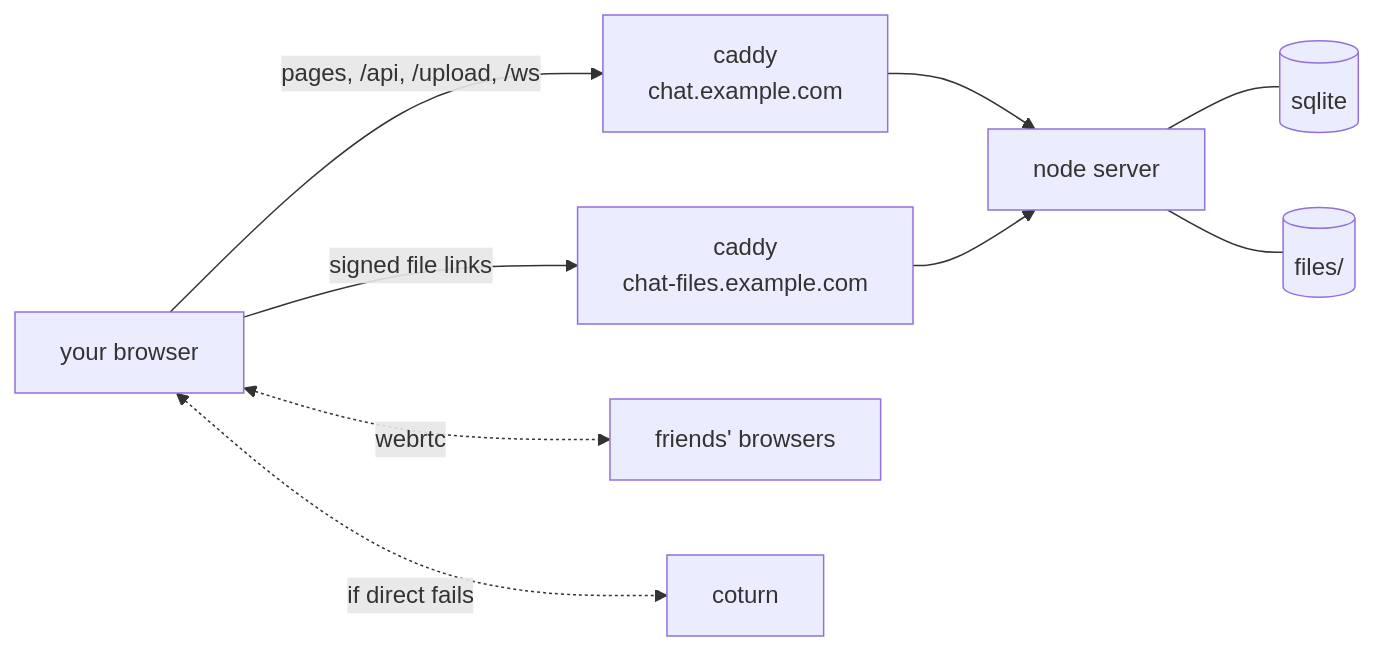
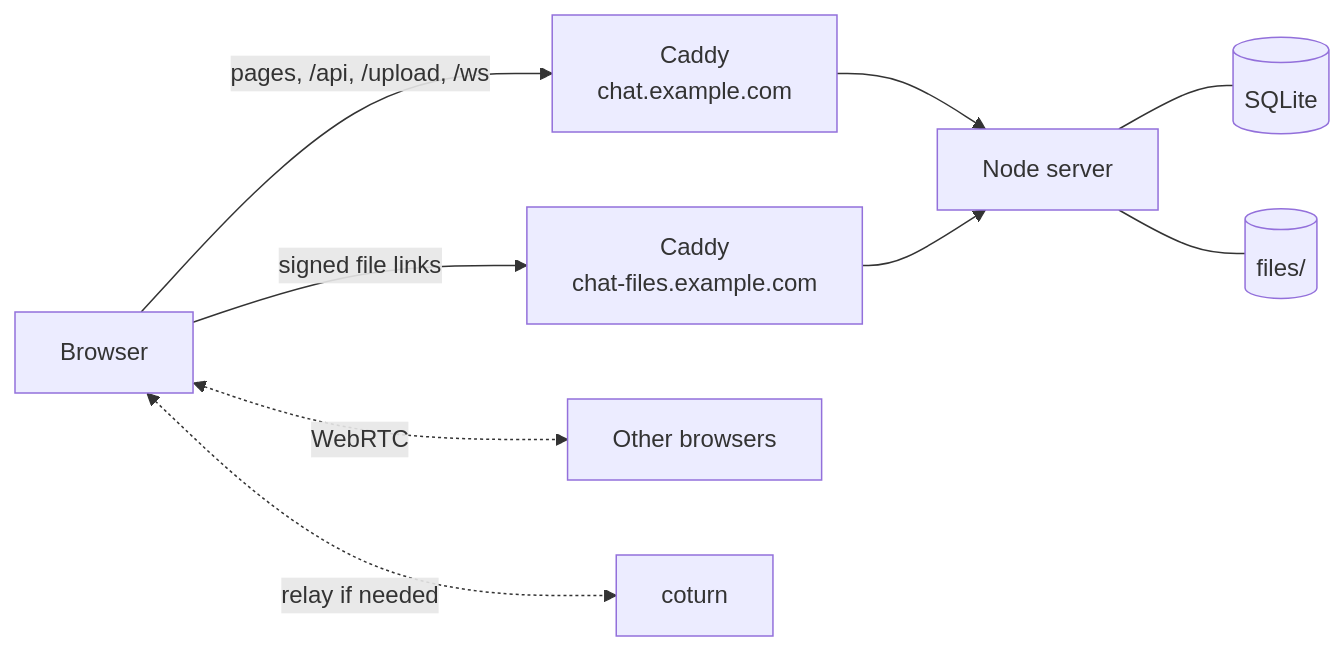
One commit to SnakeLuck360GT/cozy-pixel-chat changed the first of 5 diagrams in docs/how-it-works.md. Above: the diagram before and after it, drawn with Mermaid. The commit also changed other lines of this file, not shown here.

Commit message:
how it works: shorter, bullets, more diagrams

````diff
--- a/docs/how-it-works.md
+++ b/docs/how-it-works.md
@@ -5,11 +3,11 @@
 ```mermaid
 flowchart LR
-  B[your browser] -->|pages, /api, /upload, /ws| C1[caddy<br>chat.example.com]
-  B -->|signed file links| C2[caddy<br>chat-files.example.com]
-  C1 --> N[node server]
+  B[Browser] -->|pages, /api, /upload, /ws| C1[Caddy<br>chat.example.com]
+  B -->|signed file links| C2[Caddy<br>chat-files.example.com]
+  C1 --> N[Node server]
   C2 --> N
-  N --- DB[(sqlite)]
+  N --- DB[(SQLite)]
   N --- F[(files/)]
-  B <-.->|webrtc| B2[friends' browsers]
-  B <-.->|if direct fails| T[coturn]
+  B <-.->|WebRTC| B2[Other browsers]
+  B <-.->|relay if needed| T[coturn]
 ```
````
